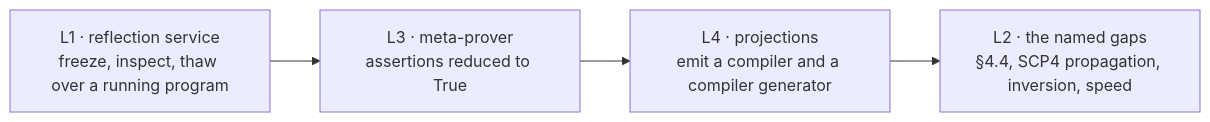
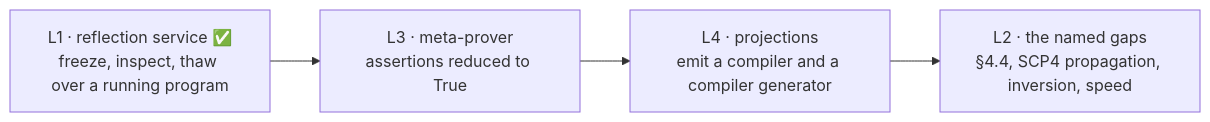
The third of 3 diagrams in README.md (Abhinav-Rust/REFAL-SUPERSYSTEM), drawn with Mermaid before and after one commit. The commit also changed other lines of this file and 7 other files, not shown here.

````diff
--- a/README.md
+++ b/README.md
@@ -271,6 +278,6 @@
 ```mermaid
 flowchart LR
-    A["L1 · reflection service<br/>freeze, inspect, thaw over a running program"] --> B["L3 · meta-prover<br/>assertions reduced to True"]
+    A["L1 · reflection service ✅<br/>freeze, inspect, thaw over a running program"] --> B["L3 · meta-prover<br/>assertions reduced to True"]
     B --> C["L4 · projections<br/>emit a compiler and a compiler generator"]
     C --> D["L2 · the named gaps<br/>§4.4, SCP4 propagation, inversion, speed"]
 ```
````
